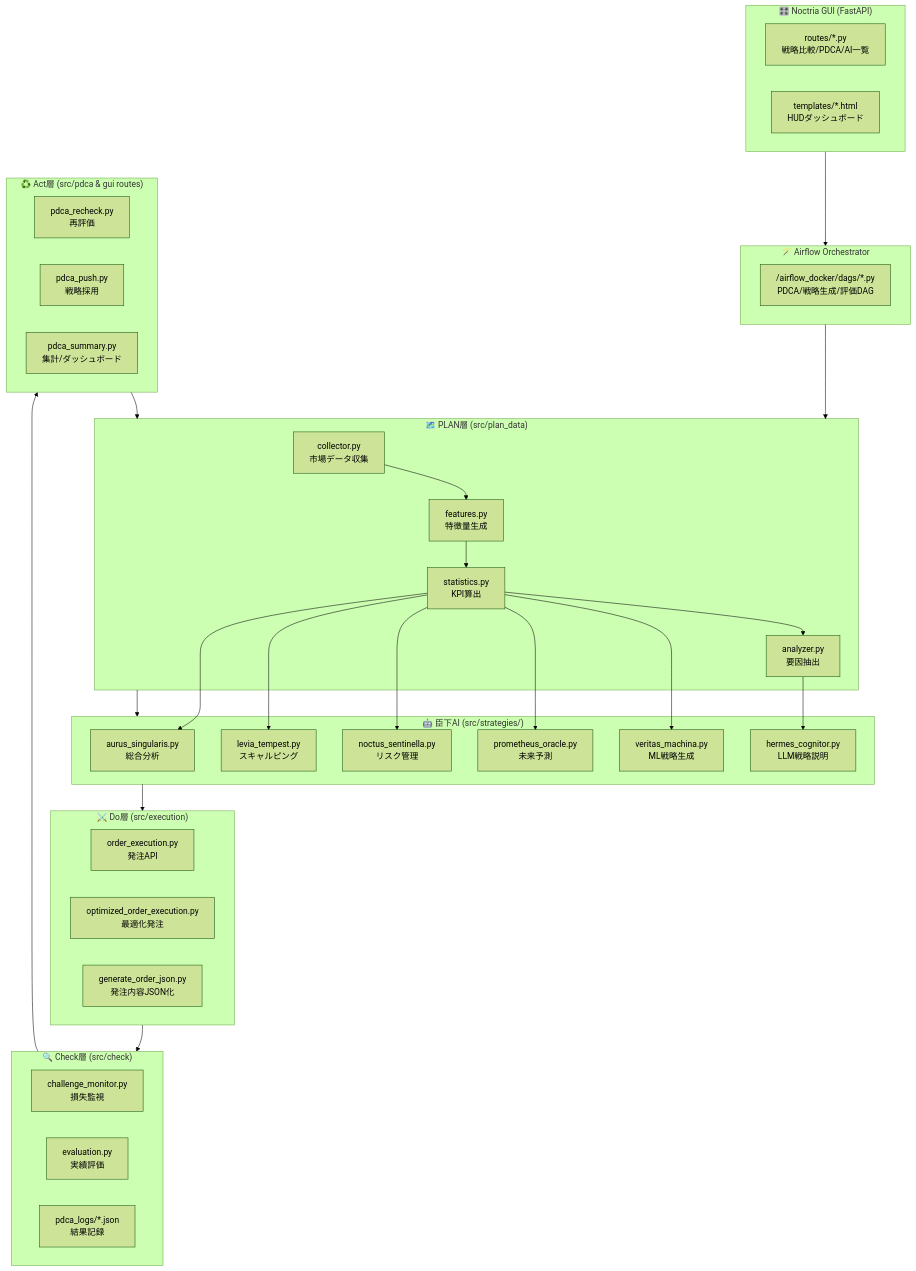
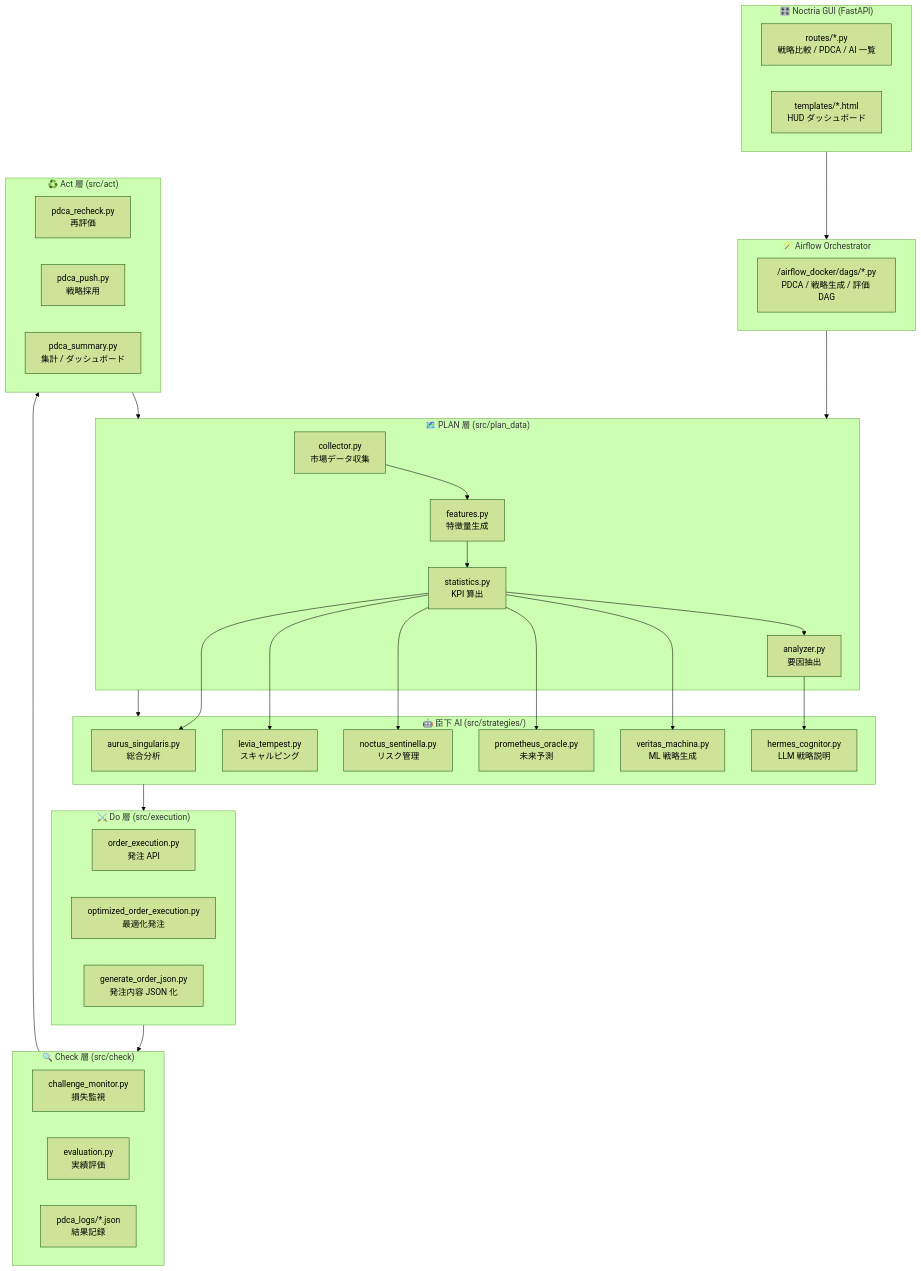
One commit to Noctria/noctria_kingdom changed the diagram in docs/architecture/Architecture-Overview.md. Above: the diagram before and after it, drawn with Mermaid (forest theme). The commit also changed other lines of this file, not shown here.

````diff
--- a/docs/architecture/Architecture-Overview.md
+++ b/docs/architecture/Architecture-Overview.md
@@ -50,71 +53,71 @@
 ```mermaid
 flowchart TD
 
   %% --- GUI ---
   subgraph GUI["🎛️ Noctria GUI (FastAPI)"]
-    ROUTES["routes/*.py<br>戦略比較/PDCA/AI一覧"]
-    TEMPLATES["templates/*.html<br>HUDダッシュボード"]
+    ROUTES["routes/*.py<br/>戦略比較 / PDCA / AI 一覧"]
+    TEMPLATES["templates/*.html<br/>HUD ダッシュボード"]
   end
 
   %% --- Airflow ---
   subgraph ORCH["🪄 Airflow Orchestrator"]
-    DAGS["/airflow_docker/dags/*.py<br>PDCA/戦略生成/評価DAG"]
+    DAGS["/airflow_docker/dags/*.py<br/>PDCA / 戦略生成 / 評価 DAG"]
   end
 
-  %% --- PLAN層 ---
-  subgraph PLAN["🗺️ PLAN層 (src/plan_data)"]
-    COLLECT["collector.py<br>市場データ収集"]
-    FEATURES["features.py<br>特徴量生成"]
-    STATS["statistics.py<br>KPI算出"]
-    ANALYZER["analyzer.py<br>要因抽出"]
+  %% --- PLAN 層 ---
+  subgraph PLAN["🗺️ PLAN 層 (src/plan_data)"]
+    COLLECT["collector.py<br/>市場データ収集"]
+    FEATURES["features.py<br/>特徴量生成"]
+    STATS["statistics.py<br/>KPI 算出"]
+    ANALYZER["analyzer.py<br/>要因抽出"]
   end
 
-  %% --- AI臣下 ---
-  subgraph AI["🤖 臣下AI (src/strategies/)"]
-    AURUS["aurus_singularis.py<br>総合分析"]
-    LEVIA["levia_tempest.py<br>スキャルピング"]
-    NOCTUS["noctus_sentinella.py<br>リスク管理"]
-    PROM["prometheus_oracle.py<br>未来予測"]
-    VERITAS["veritas_machina.py<br>ML戦略生成"]
-    HERMES["hermes_cognitor.py<br>LLM戦略説明"]
+  %% --- AI 臣下 ---
+  subgraph AI["🤖 臣下 AI (src/strategies/)"]
+    AURUS["aurus_singularis.py<br/>総合分析"]
+    LEVIA["levia_tempest.py<br/>スキャルピング"]
+    NOCTUS["noctus_sentinella.py<br/>リスク管理"]
+    PROM["prometheus_oracle.py<br/>未来予測"]
+    VERITAS["veritas_machina.py<br/>ML 戦略生成"]
+    HERMES["hermes_cognitor.py<br/>LLM 戦略説明"]
   end
 
-  %% --- DO層 ---
-  subgraph DO["⚔️ Do層 (src/execution)"]
-    ORDER["order_execution.py<br>発注API"]
-    OPTORDER["optimized_order_execution.py<br>最適化発注"]
-    GENORDER["generate_order_json.py<br>発注内容JSON化"]
+  %% --- DO 層 ---
+  subgraph DO["⚔️ Do 層 (src/execution)"]
+    ORDER["order_execution.py<br/>発注 API"]
+    OPTORDER["optimized_order_execution.py<br/>最適化発注"]
+    GENORDER["generate_order_json.py<br/>発注内容 JSON 化"]
   end
 
-  %% --- CHECK層 ---
-  subgraph CHECK["🔍 Check層 (src/check)"]
-    MON["challenge_monitor.py<br>損失監視"]
-    EVAL["evaluation.py<br>実績評価"]
-    LOGS["pdca_logs/*.json<br>結果記録"]
+  %% --- CHECK 層 ---
+  subgraph CHECK["🔍 Check 層 (src/check)"]
+    MON["challenge_monitor.py<br/>損失監視"]
+    EVAL["evaluation.py<br/>実績評価"]
+    LOGS["pdca_logs/*.json<br/>結果記録"]
   end
 
-  %% --- ACT層 ---
-  subgraph ACT["♻️ Act層 (src/pdca & gui routes)"]
-    RECHECK["pdca_recheck.py<br>再評価"]
-    PUSH["pdca_push.py<br>戦略採用"]
-    SUMMARY["pdca_summary.py<br>集計/ダッシュボード"]
+  %% --- ACT 層 ---
+  subgraph ACT["♻️ Act 層 (src/act)"]
+    RECHECK["pdca_recheck.py<br/>再評価"]
+    PUSH["pdca_push.py<br/>戦略採用"]
+    SUMMARY["pdca_summary.py<br/>集計 / ダッシュボード"]
   end
 
   %% --- Connections ---
   GUI --> ORCH
   ORCH --> PLAN
   PLAN --> AI
   AI --> DO
   DO --> CHECK
   CHECK --> ACT
   ACT --> PLAN
 
-  %% Internal flows
+  %% --- Internal flows ---
   COLLECT --> FEATURES --> STATS --> ANALYZER
   STATS --> AURUS
   STATS --> LEVIA
   STATS --> NOCTUS
   STATS --> PROM
   STATS --> VERITAS
   ANALYZER --> HERMES
 ```
````
